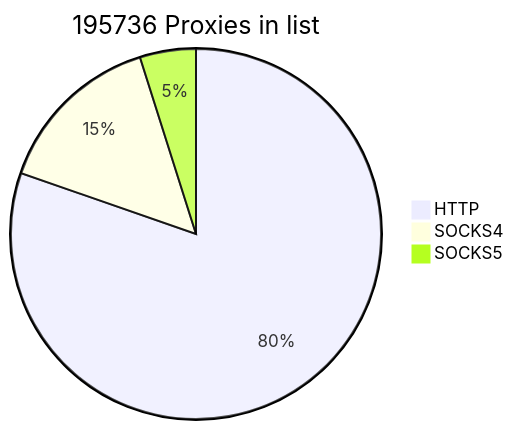
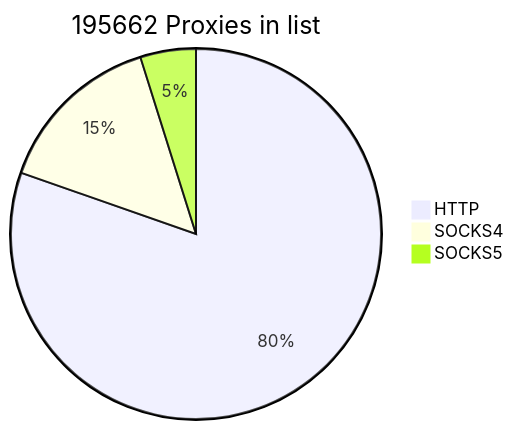
One commit to cutipu/proxylist changed the first of 2 diagrams in README.md. Above: the diagram before and after it, drawn with Mermaid. The commit also changed other lines of this file, not shown here.

````diff
--- a/README.md
+++ b/README.md
@@ -2,7 +2,7 @@
 ```mermaid
-pie title 195736 Proxies in list
-    "HTTP" : 157237
-    "SOCKS4" : 28934
-    "SOCKS5" : 9565
+pie title 195662 Proxies in list
+    "HTTP" : 157238
+    "SOCKS4" : 28933
+    "SOCKS5" : 9491
             
 ```
````
